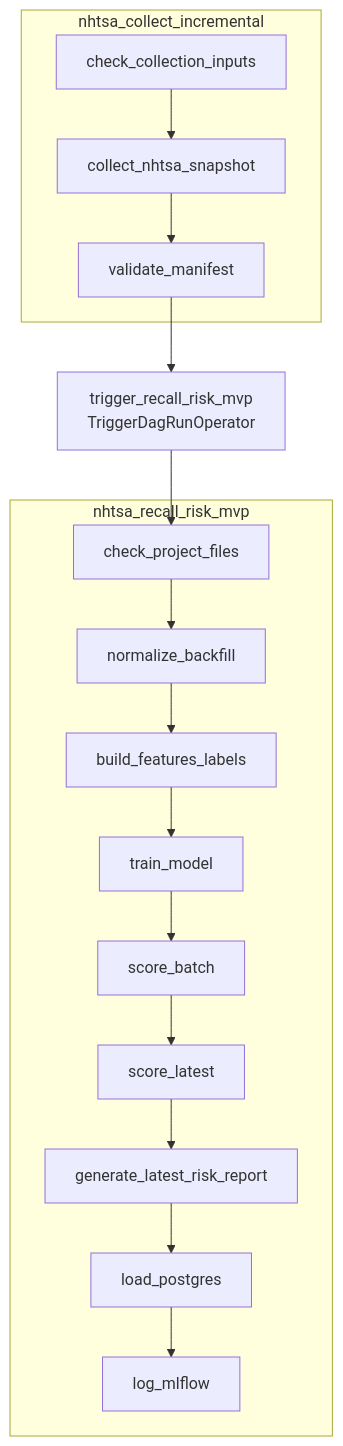
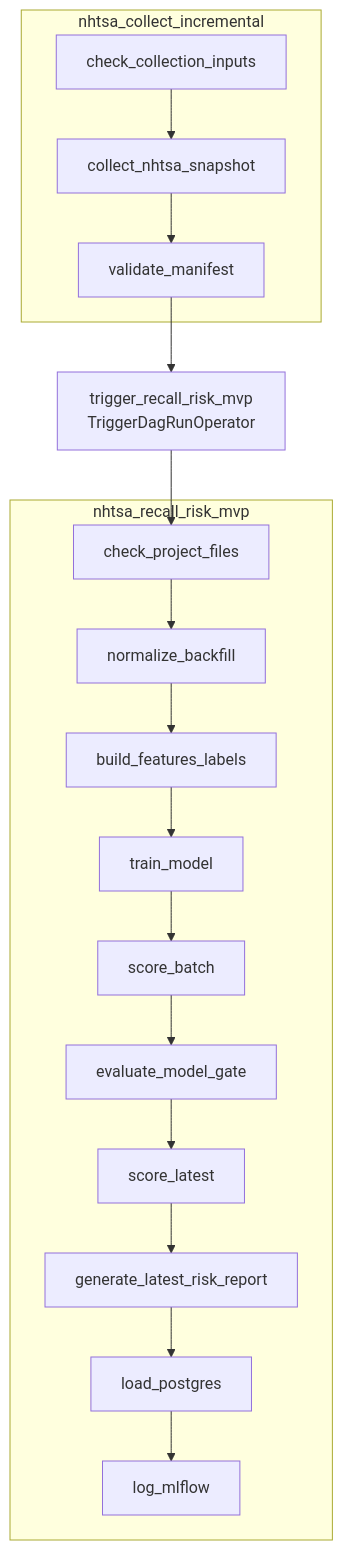
Before and after one commit to belucent0/vehicle-recall-risk-mlops: the second of 5 diagrams in docs/ARCHITECTURE_VISUALIZATION.md, drawn with Mermaid. The commit also changed other lines of this file and 12 other files, not shown here.

Commit message:
Add model promotion gate

````diff
--- a/docs/ARCHITECTURE_VISUALIZATION.md
+++ b/docs/ARCHITECTURE_VISUALIZATION.md
@@ -124,25 +126,26 @@
 ```mermaid
 flowchart TB
     subgraph collect["nhtsa_collect_incremental"]
         a["check_collection_inputs"]
         b["collect_nhtsa_snapshot"]
         c["validate_manifest"]
         a --> b --> c
     end
 
     subgraph process["nhtsa_recall_risk_mvp"]
         p0["check_project_files"]
         p1["normalize_backfill"]
         p2["build_features_labels"]
         p3["train_model"]
         p4["score_batch"]
-        p5["score_latest"]
-        p6["generate_latest_risk_report"]
-        p7["load_postgres"]
-        p8["log_mlflow"]
-        p0 --> p1 --> p2 --> p3 --> p4 --> p5 --> p6 --> p7 --> p8
+        p5["evaluate_model_gate"]
+        p6["score_latest"]
+        p7["generate_latest_risk_report"]
+        p8["load_postgres"]
+        p9["log_mlflow"]
+        p0 --> p1 --> p2 --> p3 --> p4 --> p5 --> p6 --> p7 --> p8 --> p9
     end
 
     c --> t["trigger_recall_risk_mvp<br/>TriggerDagRunOperator"]
     t --> p0
 ```
````
